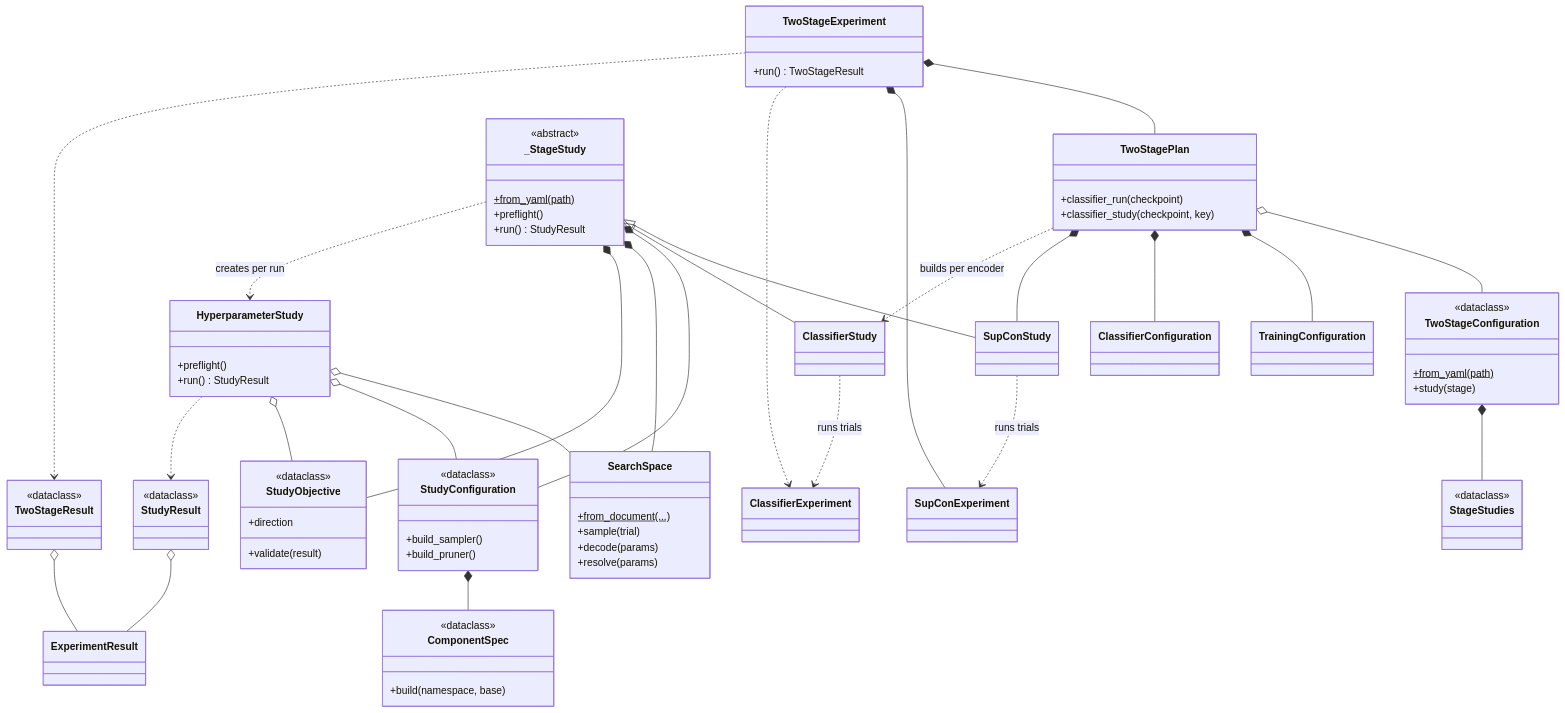
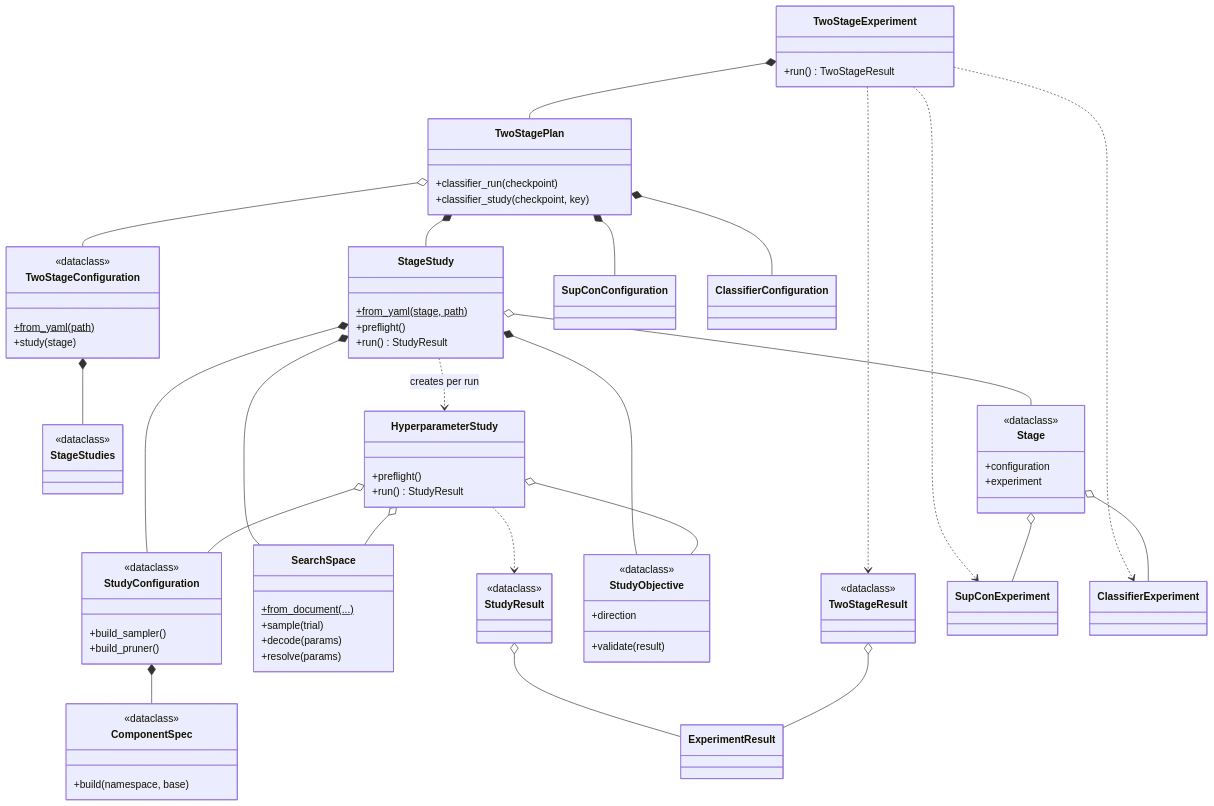
The sixth of 7 diagrams in README.md (ssciwr/smartrodent_experiments), drawn with Mermaid before and after one commit. The commit also changed other lines of this file, not shown here.

```diff
--- a/README.md
+++ b/README.md
@@ -585,14 +567,16 @@
         <<dataclass>>
     }
 
-    class _StageStudy {
-        <<abstract>>
-        +from_yaml(path)$
+    class StageStudy {
+        +from_yaml(stage, path)$
         +preflight()
         +run() StudyResult
     }
-    class SupConStudy
-    class ClassifierStudy
+    class Stage {
+        <<dataclass>>
+        +configuration
+        +experiment
+    }
 
     class HyperparameterStudy {
         +preflight()
@@ -624,29 +608,27 @@
 
     class SupConExperiment
     class ClassifierExperiment
-    class TrainingConfiguration
+    class SupConConfiguration
     class ClassifierConfiguration
     class ExperimentResult
 
     TwoStageConfiguration *-- StageStudies
     TwoStagePlan o-- TwoStageConfiguration
-    TwoStagePlan *-- TrainingConfiguration
+    TwoStagePlan *-- SupConConfiguration
     TwoStagePlan *-- ClassifierConfiguration
-    TwoStagePlan *-- SupConStudy
-    TwoStagePlan ..> ClassifierStudy : builds per encoder
+    TwoStagePlan *-- StageStudy
     TwoStageExperiment *-- TwoStagePlan
-    TwoStageExperiment *-- SupConExperiment
+    TwoStageExperiment ..> SupConExperiment
     TwoStageExperiment ..> ClassifierExperiment
     TwoStageExperiment ..> TwoStageResult
 
-    _StageStudy <|-- SupConStudy
-    _StageStudy <|-- ClassifierStudy
-    _StageStudy *-- StudyConfiguration
-    _StageStudy *-- SearchSpace
-    _StageStudy *-- StudyObjective
-    _StageStudy ..> HyperparameterStudy : creates per run
-    SupConStudy ..> SupConExperiment : runs trials
-    ClassifierStudy ..> ClassifierExperiment : runs trials
+    StageStudy o-- Stage
+    StageStudy *-- StudyConfiguration
+    StageStudy *-- SearchSpace
+    StageStudy *-- StudyObjective
+    StageStudy ..> HyperparameterStudy : creates per run
+    Stage o-- SupConExperiment
+    Stage o-- ClassifierExperiment
 
     HyperparameterStudy o-- SearchSpace
     HyperparameterStudy o-- StudyConfiguration
```
